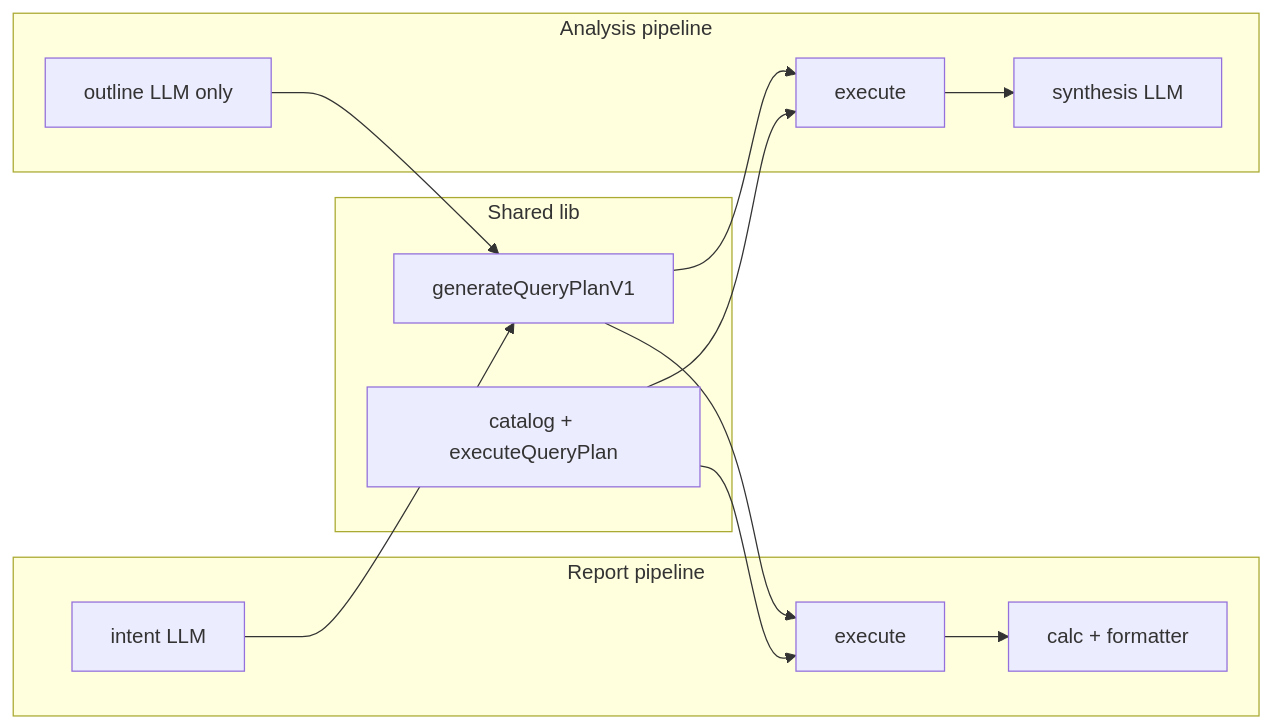
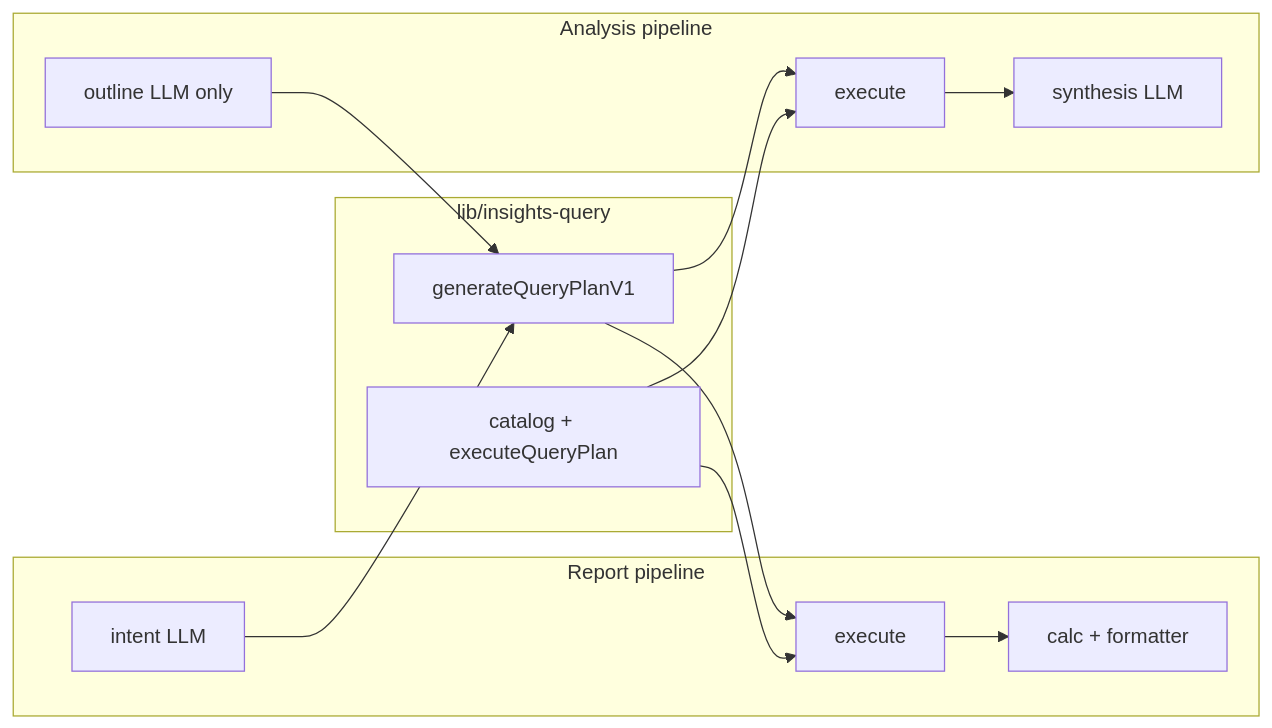
Before and after one commit to zarif007/Trckr: the diagram in lib/insights/README.md, drawn with Mermaid. The commit also changed other lines of this file and 40 other files, not shown here.

````diff
--- a/lib/insights/README.md
+++ b/lib/insights/README.md
@@ -7,23 +7,23 @@
 ```mermaid
 flowchart LR
-  subgraph shared [Shared lib]
+  subgraph shared [lib/insights-query]
     QP[generateQueryPlanV1]
     CAT[catalog + executeQueryPlan]
   end
   subgraph report [Report pipeline]
     RI[intent LLM]
     QP
     EX[execute]
     CF[calc + formatter]
     RI --> QP --> EX --> CF
   end
   subgraph analysis [Analysis pipeline]
     AO[outline LLM only]
     QP
     EX2[execute]
     SY[synthesis LLM]
     AO --> QP --> EX2 --> SY
   end
   CAT --> EX
   CAT --> EX2
 ```
````
